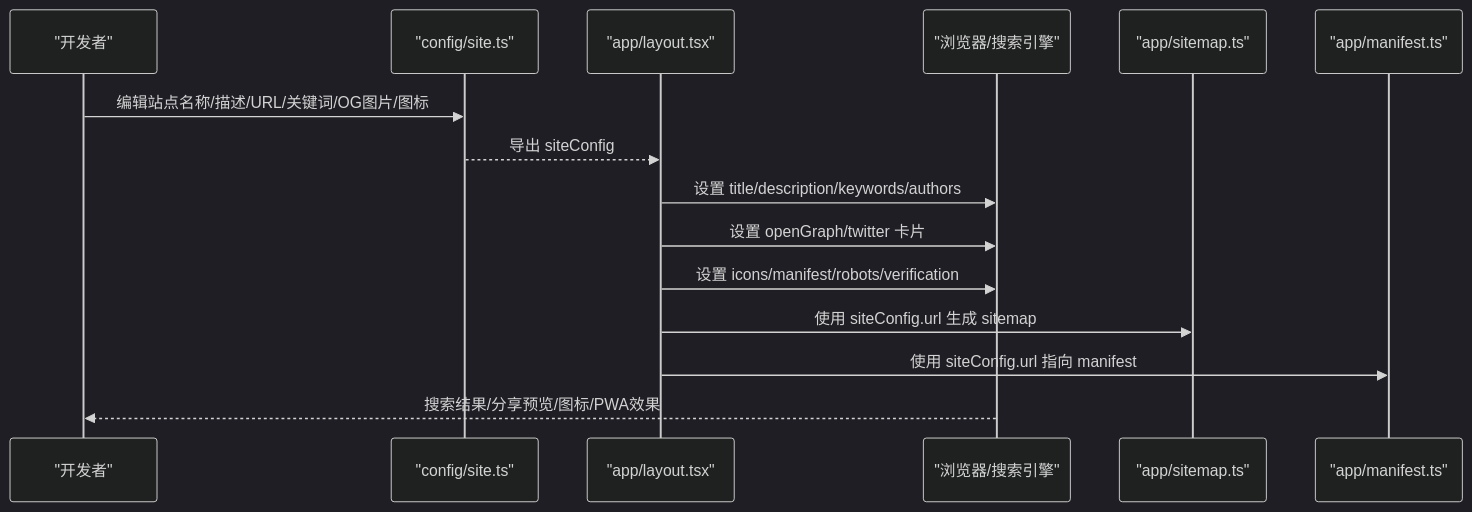
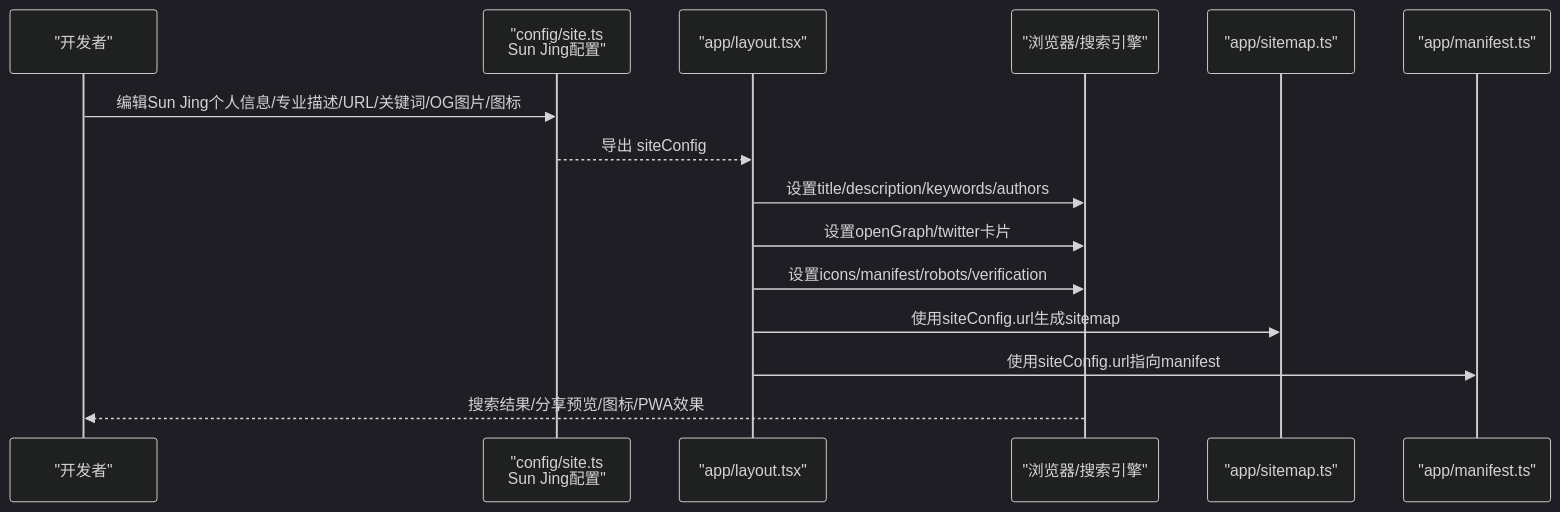
Before and after one commit to florianjsun/next-portfolio: the second of 3 diagrams in .qoder/repowiki/zh/content/配置指南/站点配置.md, drawn with Mermaid (dark theme). The commit also changed other lines of this file and 10 other files, not shown here.

````diff
--- a/.qoder/repowiki/zh/content/配置指南/站点配置.md
+++ b/.qoder/repowiki/zh/content/配置指南/站点配置.md
@@ -78,17 +87,17 @@
 ```mermaid
 sequenceDiagram
 participant Dev as "开发者"
-participant SiteCfg as "config/site.ts"
+participant SiteCfg as "config/site.ts<br/>Sun Jing配置"
 participant Layout as "app/layout.tsx"
 participant Meta as "浏览器/搜索引擎"
 participant SM as "app/sitemap.ts"
 participant MF as "app/manifest.ts"
-Dev->>SiteCfg : 编辑站点名称/描述/URL/关键词/OG图片/图标
+Dev->>SiteCfg : 编辑Sun Jing个人信息/专业描述/URL/关键词/OG图片/图标
 SiteCfg-->>Layout : 导出 siteConfig
-Layout->>Meta : 设置 title/description/keywords/authors
-Layout->>Meta : 设置 openGraph/twitter 卡片
-Layout->>Meta : 设置 icons/manifest/robots/verification
-Layout->>SM : 使用 siteConfig.url 生成 sitemap
-Layout->>MF : 使用 siteConfig.url 指向 manifest
+Layout->>Meta : 设置title/description/keywords/authors
+Layout->>Meta : 设置openGraph/twitter卡片
+Layout->>Meta : 设置icons/manifest/robots/verification
+Layout->>SM : 使用siteConfig.url生成sitemap
+Layout->>MF : 使用siteConfig.url指向manifest
 Meta-->>Dev : 搜索结果/分享预览/图标/PWA效果
 ```
````
